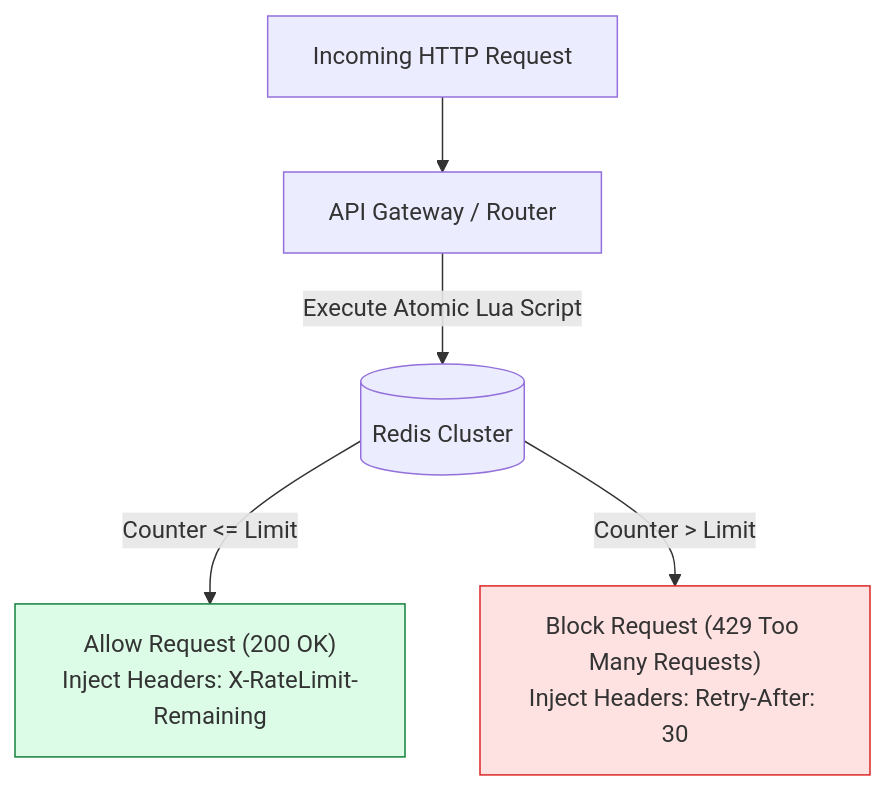
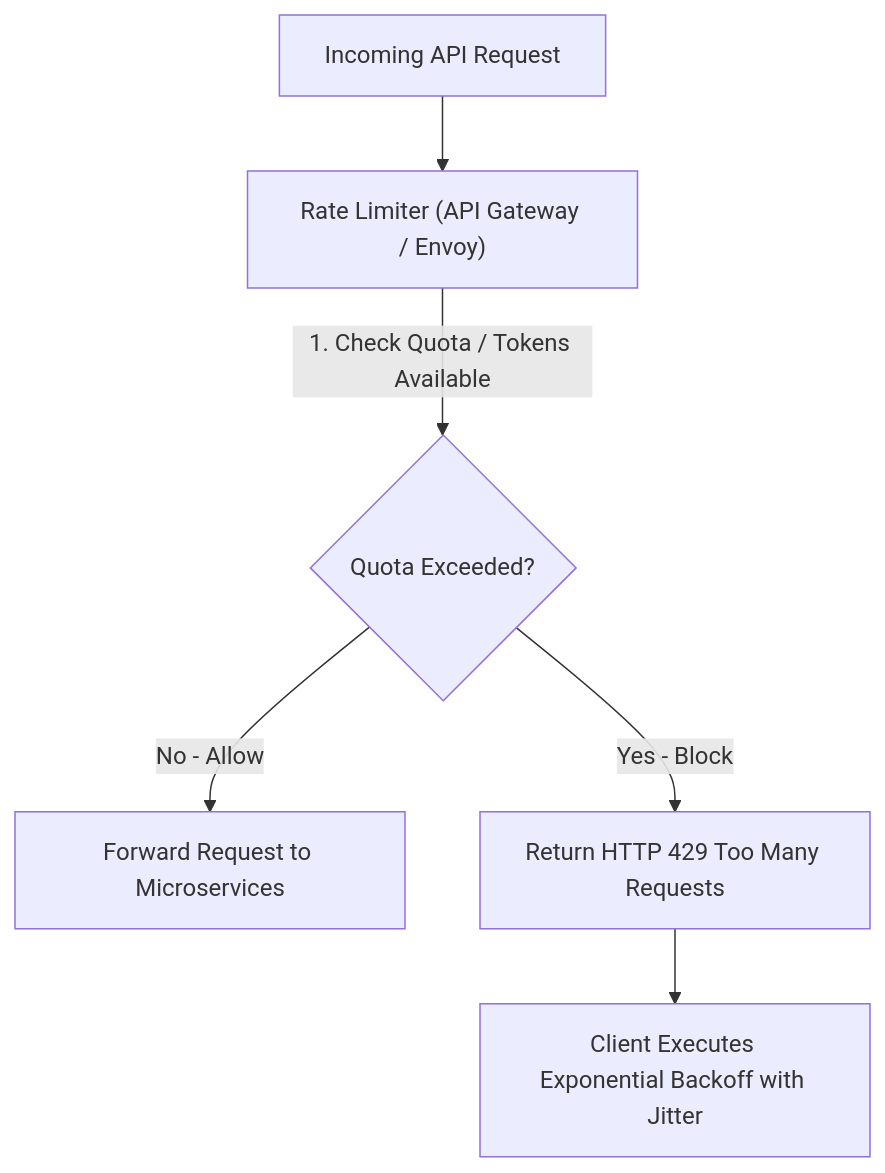
Before and after one commit to Amie-dev/engineering-playbook: the first of 2 diagrams in system-design-notes/18-rate-limiting-and-throttling.md, drawn with Mermaid. The commit also changed other lines of this file and 33 other files, not shown here.

````diff
--- a/system-design-notes/18-rate-limiting-and-throttling.md
+++ b/system-design-notes/18-rate-limiting-and-throttling.md
@@ -67,11 +7,10 @@
 ```mermaid
 flowchart TD
-    Client[Incoming HTTP Request] --> Gateway[API Gateway / Router]
-    Gateway -->|Execute Atomic Lua Script| Redis[(Redis Cluster)]
+    ClientReq["Incoming API Request"] --> RateLimiter["Rate Limiter (API Gateway / Envoy)"]
     
-    Redis -- "Counter <= Limit" --> Allow["Allow Request (200 OK)<br/>Inject Headers: X-RateLimit-Remaining"]
-    Redis -- "Counter > Limit" --> Deny["Block Request (429 Too Many Requests)<br/>Inject Headers: Retry-After: 30"]
-
-    style Allow fill:#dcfce7,stroke:#15803d
-    style Deny fill:#fee2e2,stroke:#dc2626
+    RateLimiter -->|1. Check Quota / Tokens Available| QuotaCheck{Quota Exceeded?}
+    QuotaCheck -->|No - Allow| Forward["Forward Request to Microservices"]
+    QuotaCheck -->|Yes - Block| Reject["Return HTTP 429 Too Many Requests"]
+    
+    Reject --> Backoff["Client Executes Exponential Backoff with Jitter"]
 ```
````
